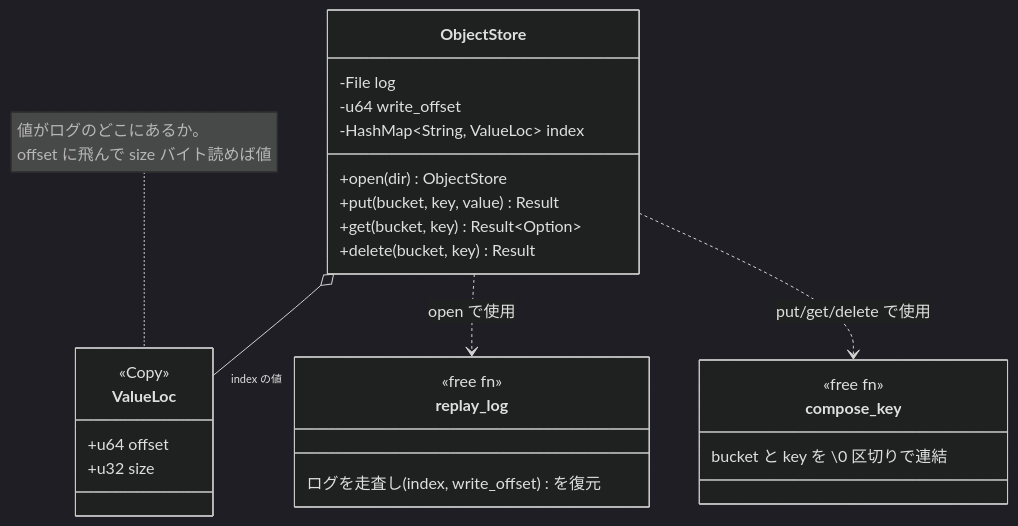
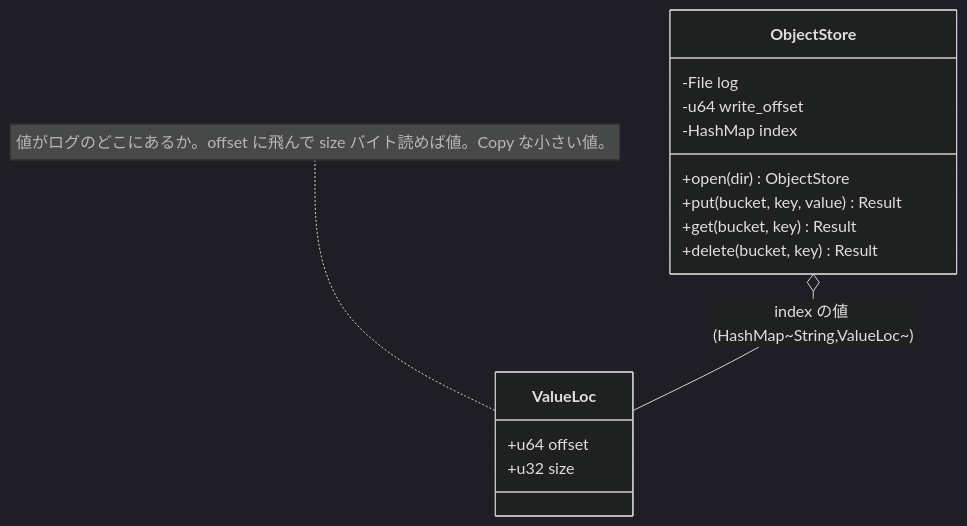
The second of 5 diagrams in knowledge/02-m0-diagrams.md (bubbleShaker/homelab-cloud), drawn with Mermaid (dark theme) before and after one commit. The commit also changed other lines of this file, not shown here.

Commit message:
docs: M0 図の mermaid 構文を堅牢化 (#5)
GitHub でのレンダリング失敗を避けるため:
- classDiagram のジェネリクス/自由関数疑似クラスを単純化（自由関数は箇条書きに）
- packet-beta を廃し、バイト構造は表に（前コミット分の方針を継続）
- sequenceDiagram の participant 別名から括弧を除去

````diff
--- a/knowledge/02-m0-diagrams.md
+++ b/knowledge/02-m0-diagrams.md
@@ -32,30 +32,18 @@
 ```mermaid
 classDiagram
     class ObjectStore {
         -File log
         -u64 write_offset
-        -HashMap~String, ValueLoc~ index
+        -HashMap index
         +open(dir) ObjectStore
         +put(bucket, key, value) Result
-        +get(bucket, key) Result~Option~
+        +get(bucket, key) Result
         +delete(bucket, key) Result
     }
     class ValueLoc {
-        <<Copy>>
         +u64 offset
         +u32 size
     }
-    note for ValueLoc "値がログのどこにあるか。<br/>offset に飛んで size バイト読めば値"
-    ObjectStore o-- "index の値" ValueLoc
-
-    class replay_log {
-        <<free fn>>
-        ログを走査し (index, write_offset) を復元
-    }
-    class compose_key {
-        <<free fn>>
-        bucket と key を \0 区切りで連結
-    }
-    ObjectStore ..> replay_log : open で使用
-    ObjectStore ..> compose_key : put/get/delete で使用
+    note for ValueLoc "値がログのどこにあるか。offset に飛んで size バイト読めば値。Copy な小さい値。"
+    ObjectStore o-- ValueLoc : index の値 (HashMap~String,ValueLoc~)
 ```
````
